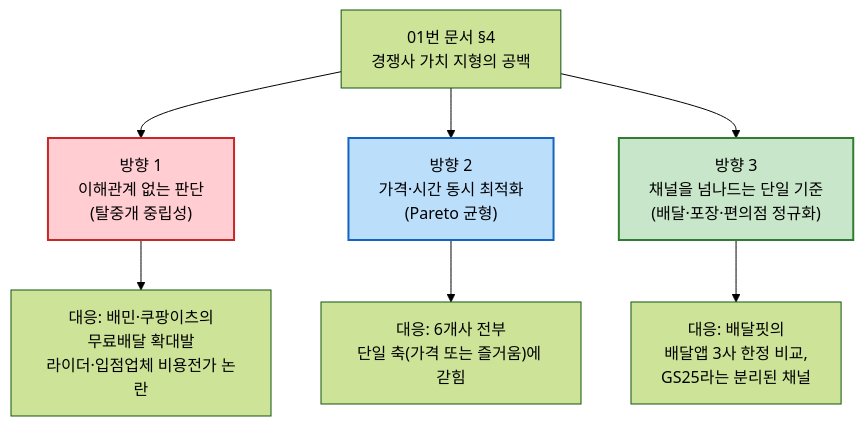
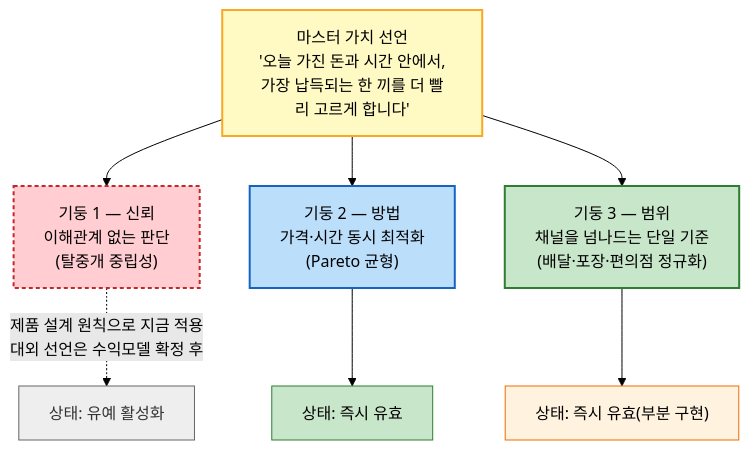
One commit to soobworks/business-research-practice changed the diagram in 08.competitor-branding/1인가구한끼해결-경쟁사분석/02-차별적가치목표-제안.md. Above: the diagram before and after it, drawn with Mermaid (forest theme). The commit also changed other lines of this file, not shown here.

First line of the commit message:
docs: 가치목표 문서를 계층형(마스터+세 기둥) 구조로 재구성

````diff
--- a/08.competitor-branding/1인가구한끼해결-경쟁사분석/02-차별적가치목표-제안.md
+++ b/08.competitor-branding/1인가구한끼해결-경쟁사분석/02-차별적가치목표-제안.md
@@ -7,13 +7,18 @@
 ```mermaid
 flowchart TD
-    G["01번 문서 §4<br>경쟁사 가치 지형의 공백"] --> D1["방향 1<br>이해관계 없는 판단<br>(탈중개 중립성)"]
-    G --> D2["방향 2<br>가격·시간 동시 최적화<br>(Pareto 균형)"]
-    G --> D3["방향 3<br>채널을 넘나드는 단일 기준<br>(배달·포장·편의점 정규화)"]
-    D1 --> R1["대응: 배민·쿠팡이츠의<br>무료배달 확대발<br>라이더·입점업체 비용전가 논란"]
-    D2 --> R2["대응: 6개사 전부<br>단일 축(가격 또는 즐거움)에 갇힘"]
-    D3 --> R3["대응: 배달핏의<br>배달앱 3사 한정 비교,<br>GS25라는 분리된 채널"]
+    M["마스터 가치 선언<br>'오늘 가진 돈과 시간 안에서,<br>가장 납득되는 한 끼를 더 빨리 고르게 합니다'"]
+    M --> P1["기둥 1 — 신뢰<br>이해관계 없는 판단<br>(탈중개 중립성)"]
+    M --> P2["기둥 2 — 방법<br>가격·시간 동시 최적화<br>(Pareto 균형)"]
+    M --> P3["기둥 3 — 범위<br>채널을 넘나드는 단일 기준<br>(배달·포장·편의점 정규화)"]
+    P1 -.->|"제품 설계 원칙으로 지금 적용<br>대외 선언은 수익모델 확정 후"| S1["상태: 유예 활성화"]
+    P2 --> S2["상태: 즉시 유효"]
+    P3 --> S3["상태: 즉시 유효(부분 구현)"]
 
-    style D1 fill:#FFCDD2,stroke:#C62828,stroke-width:2px
-    style D2 fill:#BBDEFB,stroke:#1565C0,stroke-width:2px
-    style D3 fill:#C8E6C9,stroke:#2E7D32,stroke-width:2px
+    style M fill:#FFF9C4,stroke:#F9A825,stroke-width:2px
+    style P1 fill:#FFCDD2,stroke:#C62828,stroke-width:2px,stroke-dasharray: 4 3
+    style P2 fill:#BBDEFB,stroke:#1565C0,stroke-width:2px
+    style P3 fill:#C8E6C9,stroke:#2E7D32,stroke-width:2px
+    style S1 fill:#EEEEEE,stroke:#666,stroke-width:1px,color:#333
+    style S2 fill:#C8E6C9,stroke:#2E7D32,stroke-width:1px
+    style S3 fill:#FFF3E0,stroke:#EF6C00,stroke-width:1px
 ```
````
